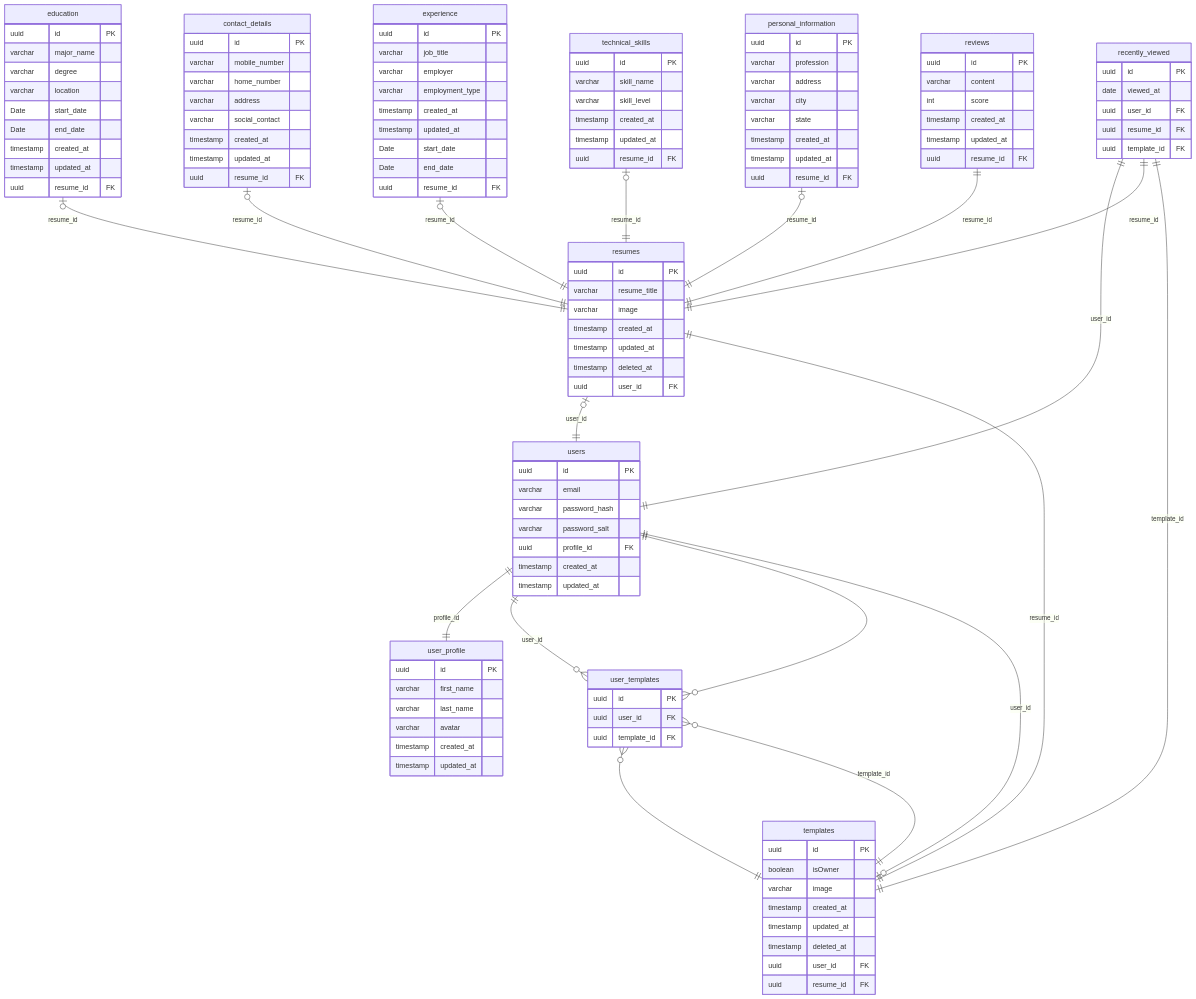
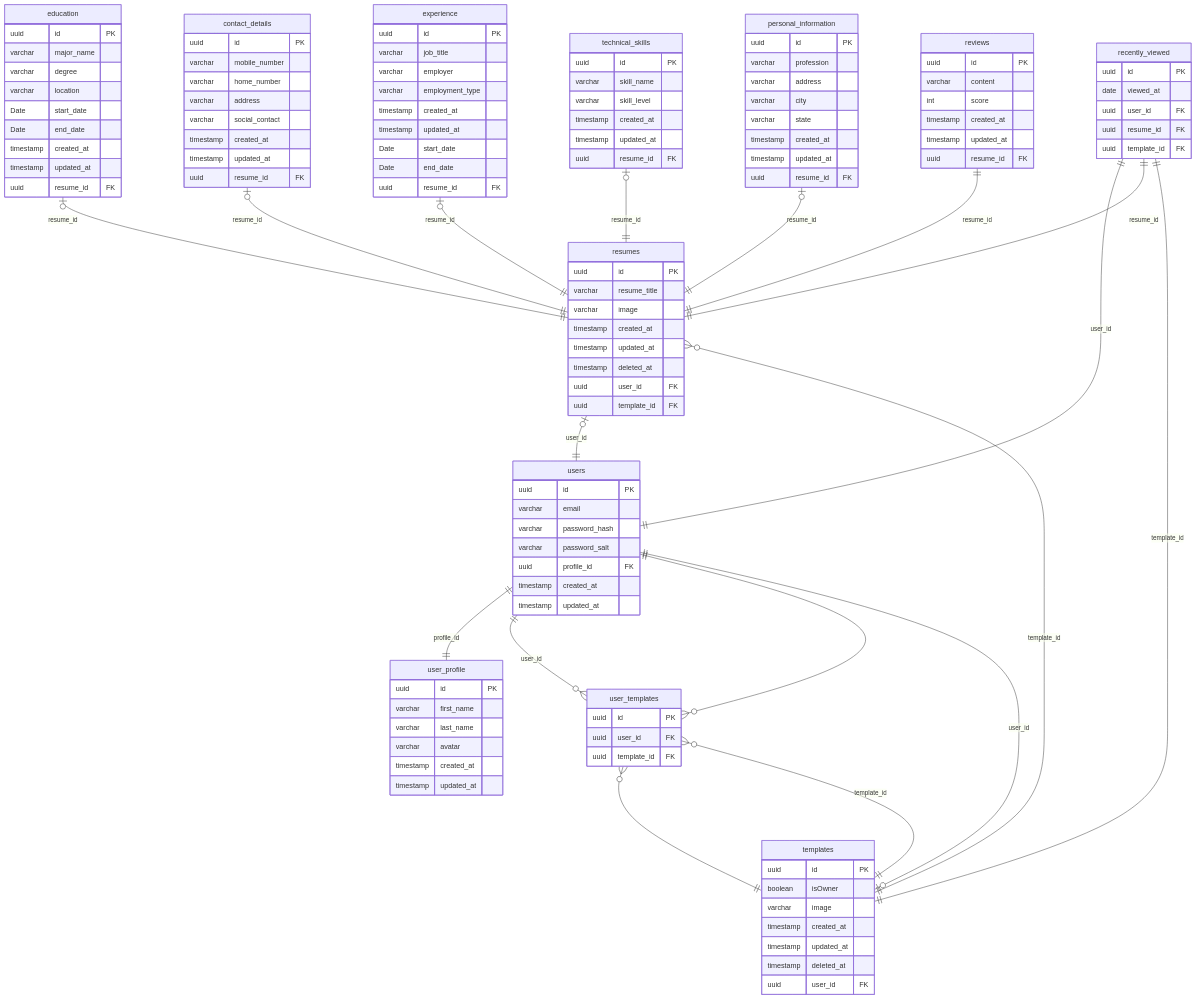
One commit to BinaryStudioAcademy/bsa-winter-2023-2024-resumegemm changed the diagram in readme.md. Above: the diagram before and after it, drawn with Mermaid.

Commit message:
rg-66: * added template_id to resume table, changed relations

```diff
--- a/readme.md
+++ b/readme.md
@@ -119,6 +119,7 @@
         timestamp updated_at
         timestamp deleted_at
         uuid user_id FK
+        uuid template_id FK
     }
     templates {
         uuid id PK
@@ -128,7 +129,6 @@
         timestamp updated_at
         timestamp deleted_at
         uuid user_id FK
-        uuid resume_id FK
     }
     reviews {
         uuid id PK
@@ -159,7 +159,7 @@
     technical_skills |o--|| resumes : resume_id
     personal_information |o--|| resumes : resume_id
     reviews ||--|| resumes : resume_id
-    resumes ||--|| templates : resume_id
+    resumes }o--|| templates : template_id
     recently_viewed ||--|| users: user_id
     recently_viewed ||--|| resumes: resume_id
     recently_viewed ||--|| templates: template_id
```
